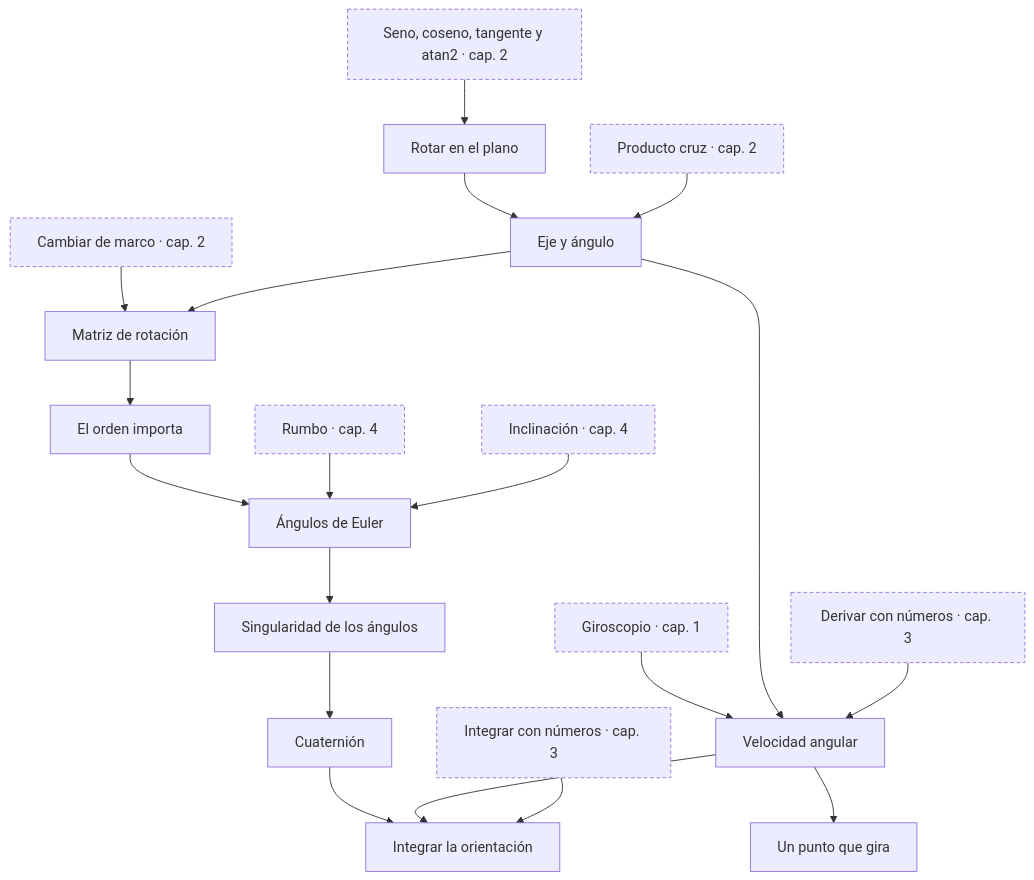
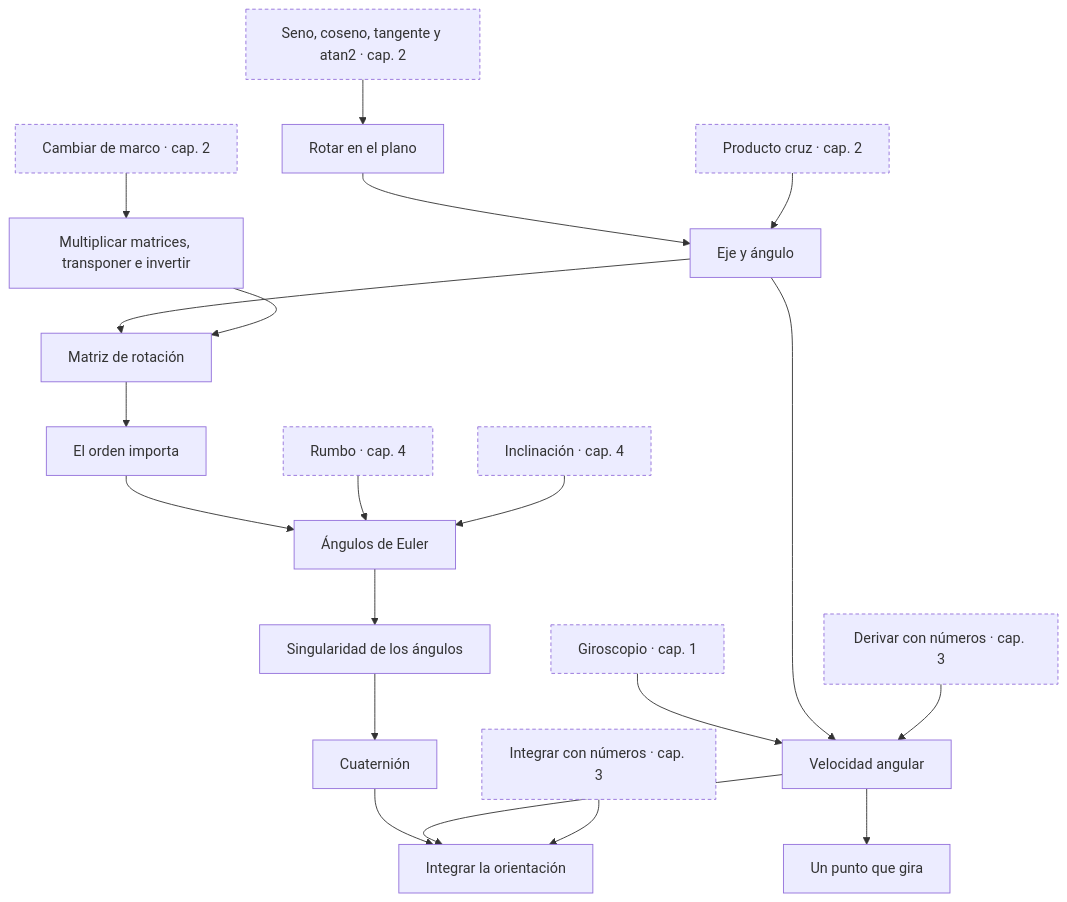
One commit to javiersoliso/gearstream changed the seventh of 15 diagrams in docs/curso/mapa.md. Above: the diagram before and after it, drawn with Mermaid. The commit also changed other lines of this file and 3 other files, not shown here.

Commit message:
Curso: cinco conceptos nuevos (varianza, notación, exponencial, producto de matrices, probabilidad), sus prerrequisitos y las escenas nuevas en render.py

````diff
--- a/docs/curso/mapa.md
+++ b/docs/curso/mapa.md
@@ -276,40 +287,42 @@
 ```mermaid
 flowchart TD
   classDef fuera stroke-dasharray: 4 3
   k_giroscopio["Giroscopio · cap. 1"]:::fuera
   k_trigonometria["Seno, coseno, tangente y atan2 · cap. 2"]:::fuera
   k_producto_cruz["Producto cruz · cap. 2"]:::fuera
   k_cambio_de_marco["Cambiar de marco · cap. 2"]:::fuera
   k_derivada_discreta["Derivar con números · cap. 3"]:::fuera
   k_integral_discreta["Integrar con números · cap. 3"]:::fuera
   k_inclinacion["Inclinación · cap. 4"]:::fuera
   k_rumbo["Rumbo · cap. 4"]:::fuera
   k_rotacion_2d["Rotar en el plano"]
+  k_producto_de_matrices["Multiplicar matrices, transponer e invertir"]
   k_eje_y_angulo["Eje y ángulo"]
   k_matriz_de_rotacion["Matriz de rotación"]
   k_orden_no_conmuta["El orden importa"]
   k_velocidad_angular["Velocidad angular"]
   k_velocidad_de_un_punto_que_gira["Un punto que gira"]
   k_angulos_de_euler["Ángulos de Euler"]
   k_singularidad["Singularidad de los ángulos"]
   k_cuaternion["Cuaternión"]
   k_integrar_orientacion["Integrar la orientación"]
   k_trigonometria --> k_rotacion_2d
+  k_cambio_de_marco --> k_producto_de_matrices
   k_rotacion_2d --> k_eje_y_angulo
   k_producto_cruz --> k_eje_y_angulo
-  k_cambio_de_marco --> k_matriz_de_rotacion
   k_eje_y_angulo --> k_matriz_de_rotacion
+  k_producto_de_matrices --> k_matriz_de_rotacion
   k_matriz_de_rotacion --> k_orden_no_conmuta
   k_giroscopio --> k_velocidad_angular
   k_eje_y_angulo --> k_velocidad_angular
   k_derivada_discreta --> k_velocidad_angular
   k_velocidad_angular --> k_velocidad_de_un_punto_que_gira
   k_orden_no_conmuta --> k_angulos_de_euler
   k_rumbo --> k_angulos_de_euler
   k_inclinacion --> k_angulos_de_euler
   k_angulos_de_euler --> k_singularidad
   k_singularidad --> k_cuaternion
   k_cuaternion --> k_integrar_orientacion
   k_velocidad_angular --> k_integrar_orientacion
   k_integral_discreta --> k_integrar_orientacion
 ```
````
